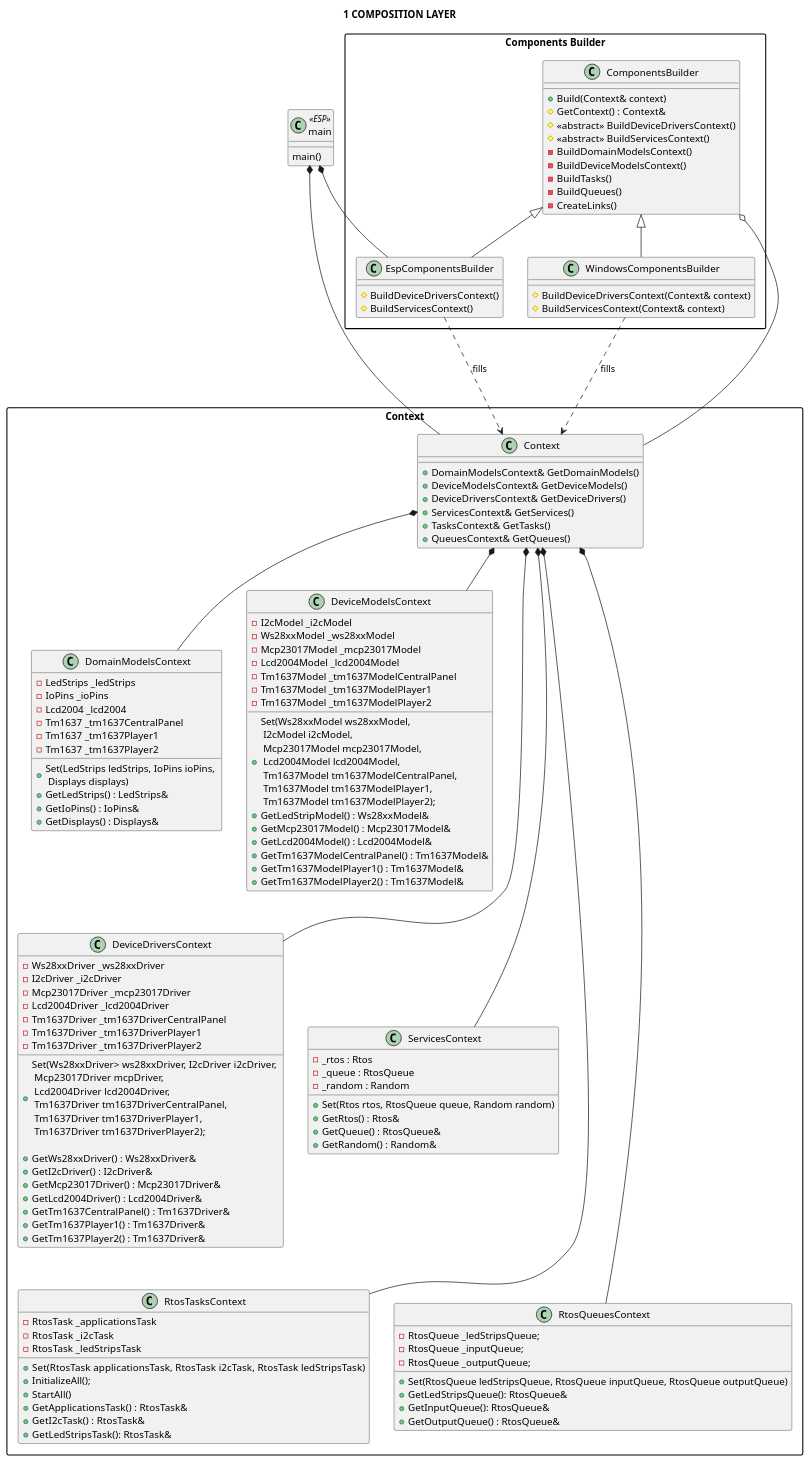
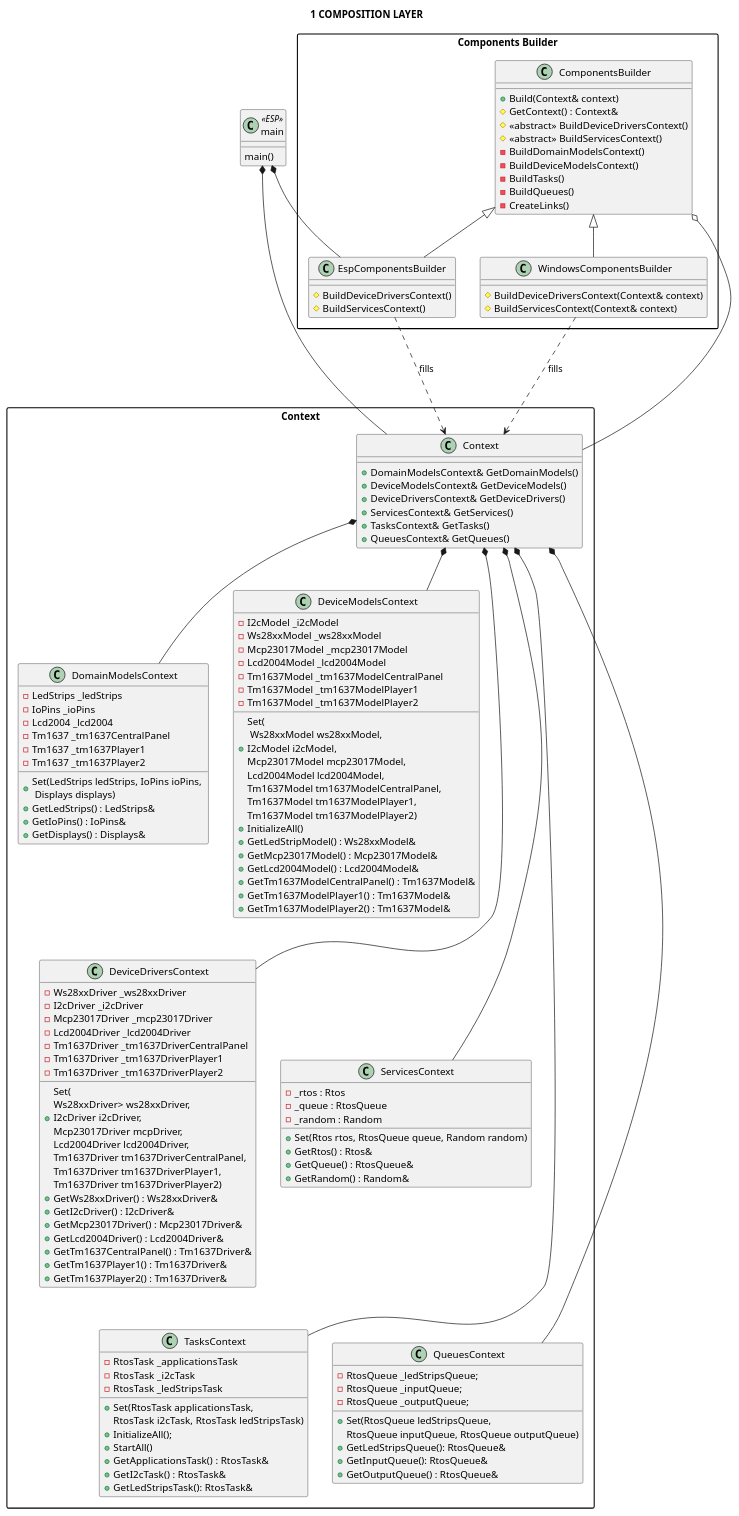
The diagram in Docs/Software Design/Layers/L1_composition_layer.puml (michelkeijzers/fraxis), drawn with PlantUML before and after one commit. The commit also changed 28 other files, not shown here.

Commit message:
Removed Rtos from tasks/queues, initialization of device models

```diff
--- a/Docs/Software Design/Layers/L1_composition_layer.puml
+++ b/Docs/Software Design/Layers/L1_composition_layer.puml
@@ -1,160 +1,164 @@
 @startuml
 
 title 1 COMPOSITION LAYER
 
 skinparam packageStyle rectangle
 skinparam lineThickness 2
 
 class main <<ESP>>
 {
     main()
 }
 
 package "Components Builder" as ComponentsBuilder_Package
 {
     class ComponentsBuilder
     {
         + Build(Context& context)
         # GetContext() : Context&
         # <<abstract>> BuildDeviceDriversContext()
         # <<abstract>> BuildServicesContext() 
         - BuildDomainModelsContext()
         - BuildDeviceModelsContext()
         - BuildTasks()
         - BuildQueues()
         - CreateLinks()
     }
 
     class EspComponentsBuilder
     {
         # BuildDeviceDriversContext()
         # BuildServicesContext() 
     }
     EspComponentsBuilder -u-|> ComponentsBuilder
 
     class WindowsComponentsBuilder
     {
         # BuildDeviceDriversContext(Context& context)
         # BuildServicesContext(Context& context) 
     }
     WindowsComponentsBuilder -u-|> ComponentsBuilder
 
     main *-- EspComponentsBuilder
 }
 
 package "Context" as ContextPackage
 {
     class Context 
     {
         + DomainModelsContext& GetDomainModels()
         + DeviceModelsContext& GetDeviceModels()
         + DeviceDriversContext& GetDeviceDrivers() 
         + ServicesContext& GetServices() 
         + TasksContext& GetTasks()
         + QueuesContext& GetQueues()
     }
 
     class DomainModelsContext
     {
         + Set(LedStrips ledStrips, IoPins ioPins, \n Displays displays)
         + GetLedStrips() : LedStrips& 
         + GetIoPins() : IoPins& 
         + GetDisplays() : Displays& 
 
         - LedStrips _ledStrips
         - IoPins _ioPins
         - Lcd2004 _lcd2004
         - Tm1637 _tm1637CentralPanel
         - Tm1637 _tm1637Player1
         - Tm1637 _tm1637Player2
     }
 
     class DeviceModelsContext
     {
-        + Set(Ws28xxModel ws28xxModel, \n I2cModel i2cModel, \n Mcp23017Model mcp23017Model, \n Lcd2004Model lcd2004Model, \n Tm1637Model tm1637ModelCentralPanel, \n Tm1637Model tm1637ModelPlayer1, \n Tm1637Model tm1637ModelPlayer2);
+        + Set(\n Ws28xxModel ws28xxModel,\nI2cModel i2cModel,\nMcp23017Model mcp23017Model,\nLcd2004Model lcd2004Model,
+            Tm1637Model tm1637ModelCentralPanel,\nTm1637Model tm1637ModelPlayer1,\nTm1637Model tm1637ModelPlayer2)
+        + InitializeAll()
         + GetLedStripModel() : Ws28xxModel& 
         + GetMcp23017Model() : Mcp23017Model& 
         + GetLcd2004Model() : Lcd2004Model& 
         + GetTm1637ModelCentralPanel() : Tm1637Model& 
         + GetTm1637ModelPlayer1() : Tm1637Model& 
         + GetTm1637ModelPlayer2() : Tm1637Model& 
         - I2cModel _i2cModel
         - Ws28xxModel _ws28xxModel
         - Mcp23017Model _mcp23017Model
         - Lcd2004Model _lcd2004Model
         - Tm1637Model _tm1637ModelCentralPanel
         - Tm1637Model _tm1637ModelPlayer1
         - Tm1637Model _tm1637ModelPlayer2
     }
     
     class DeviceDriversContext
     {
 
-        + Set(Ws28xxDriver> ws28xxDriver, I2cDriver i2cDriver, \n Mcp23017Driver mcpDriver, \n Lcd2004Driver lcd2004Driver, \n Tm1637Driver tm1637DriverCentralPanel, \n Tm1637Driver tm1637DriverPlayer1, \n Tm1637Driver tm1637DriverPlayer2);
-
+        + Set(\nWs28xxDriver> ws28xxDriver,\nI2cDriver i2cDriver,\nMcp23017Driver mcpDriver,\nLcd2004Driver lcd2004Driver,
+            Tm1637Driver tm1637DriverCentralPanel,\nTm1637Driver tm1637DriverPlayer1,\nTm1637Driver tm1637DriverPlayer2)
         + GetWs28xxDriver() : Ws28xxDriver& 
         + GetI2cDriver() : I2cDriver& 
         + GetMcp23017Driver() : Mcp23017Driver& 
         + GetLcd2004Driver() : Lcd2004Driver& 
         + GetTm1637CentralPanel() : Tm1637Driver& 
         + GetTm1637Player1() : Tm1637Driver& 
         + GetTm1637Player2() : Tm1637Driver& 
 
         - Ws28xxDriver _ws28xxDriver
         - I2cDriver _i2cDriver
         - Mcp23017Driver _mcp23017Driver
         - Lcd2004Driver _lcd2004Driver
         - Tm1637Driver _tm1637DriverCentralPanel
         - Tm1637Driver _tm1637DriverPlayer1
         - Tm1637Driver _tm1637DriverPlayer2
     }
 
     class ServicesContext
     {
         + Set(Rtos rtos, RtosQueue queue, Random random)
         + GetRtos() : Rtos& 
         + GetQueue() : RtosQueue& 
         + GetRandom() : Random& 
         - _rtos : Rtos 
         - _queue : RtosQueue 
         - _random : Random 
     }
 
-    class RtosTasksContext
+    class TasksContext
     {
-        + Set(RtosTask applicationsTask, RtosTask i2cTask, RtosTask ledStripsTask)
+        + Set(RtosTask applicationsTask, 
+            RtosTask i2cTask, RtosTask ledStripsTask)
         + InitializeAll();
         + StartAll()
         + GetApplicationsTask() : RtosTask& 
         + GetI2cTask() : RtosTask& 
         + GetLedStripsTask(): RtosTask& 
         - RtosTask _applicationsTask
         - RtosTask _i2cTask
         - RtosTask _ledStripsTask
     }
 
-    class RtosQueuesContext
+    class QueuesContext
     {
-        + Set(RtosQueue ledStripsQueue, RtosQueue inputQueue, RtosQueue outputQueue)
+        + Set(RtosQueue ledStripsQueue, 
+            RtosQueue inputQueue, RtosQueue outputQueue)
         + GetLedStripsQueue(): RtosQueue& 
         + GetInputQueue(): RtosQueue& 
         + GetOutputQueue() : RtosQueue& 
         - RtosQueue _ledStripsQueue;
         - RtosQueue _inputQueue;
         - RtosQueue _outputQueue;
     }
 
     Context *-- DomainModelsContext
     Context *-- DeviceModelsContext
     Context *--- DeviceDriversContext
     Context *--- ServicesContext
-    Context *---- RtosTasksContext
-    Context *---- RtosQueuesContext
+    Context *---- TasksContext
+    Context *---- QueuesContext
 }
 
 main *- Context
 ComponentsBuilder o-- Context
 EspComponentsBuilder ..-> Context : fills
 WindowsComponentsBuilder ..-> Context : fills
 
 @enduml
```
